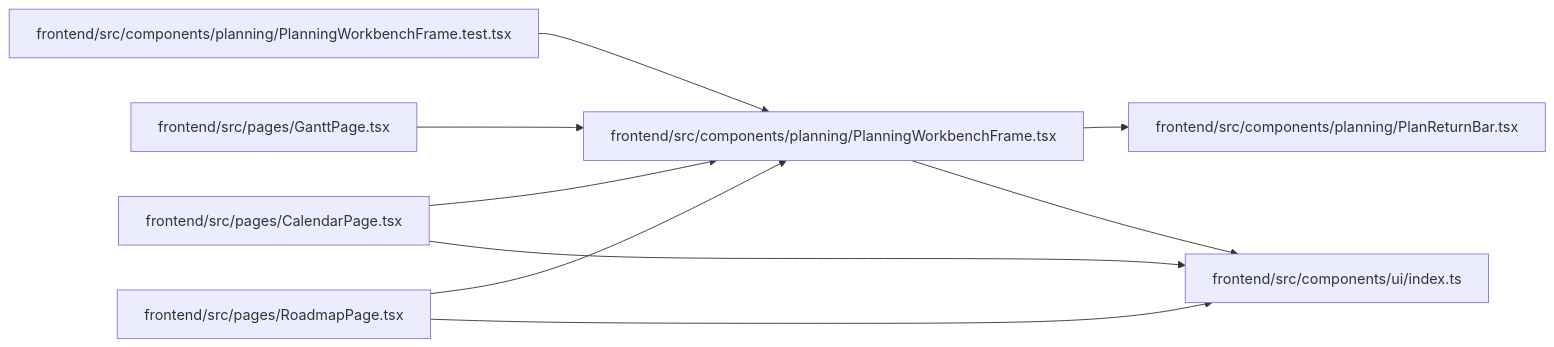
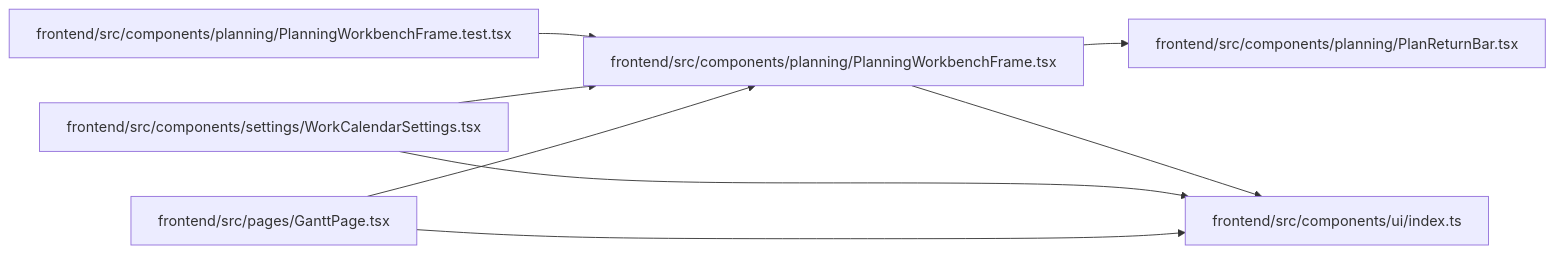
The diagram in docs/llm_wiki/modules/PlanningWorkbenchFrame.md (Denissvgn/WorkChord), drawn with Mermaid before and after one commit. The commit also changed other lines of this file and 2373 other files, not shown here.

````diff
--- a/docs/llm_wiki/modules/PlanningWorkbenchFrame.md
+++ b/docs/llm_wiki/modules/PlanningWorkbenchFrame.md
@@ -27,25 +27,22 @@
 ```mermaid
 flowchart LR
     n0["frontend/src/components/planning/PlanningWorkbenchFrame.test.tsx"]
     n1["frontend/src/components/planning/PlanningWorkbenchFrame.tsx"]
     n2["frontend/src/components/planning/PlanReturnBar.tsx"]
-    n3["frontend/src/components/ui/index.ts"]
-    n4["frontend/src/pages/CalendarPage.tsx"]
+    n3["frontend/src/components/settings/WorkCalendarSettings.tsx"]
+    n4["frontend/src/components/ui/index.ts"]
     n5["frontend/src/pages/GanttPage.tsx"]
-    n6["frontend/src/pages/RoadmapPage.tsx"]
     n0 --> n1
     n1 --> n2
-    n1 --> n3
-    n4 --> n1
-    n4 --> n3
+    n1 --> n4
+    n3 --> n1
+    n3 --> n4
     n5 --> n1
-    n6 --> n1
-    n6 --> n3
+    n5 --> n4
     click n0 "../modules/PlanningWorkbenchFrame.test.md"
     click n1 "../modules/PlanningWorkbenchFrame.md"
     click n2 "../modules/PlanReturnBar.md"
-    click n3 "../modules/index.md"
-    click n4 "../modules/CalendarPage.md"
+    click n3 "../modules/WorkCalendarSettings.md"
+    click n4 "../modules/index.md"
     click n5 "../modules/GanttPage.md"
-    click n6 "../modules/RoadmapPage.md"
 ```
````
